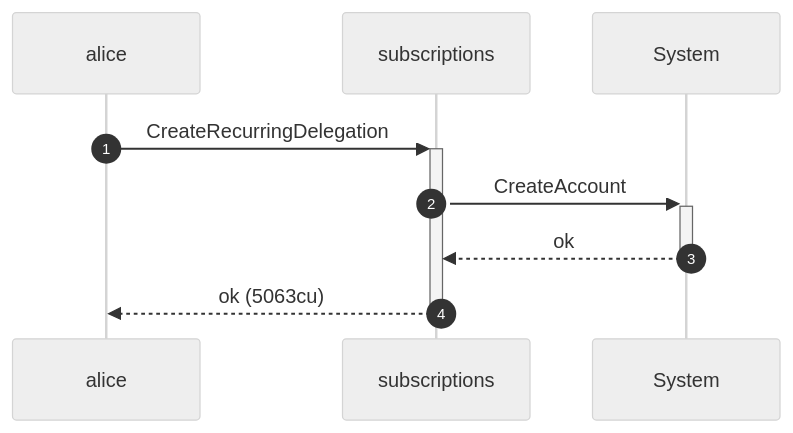
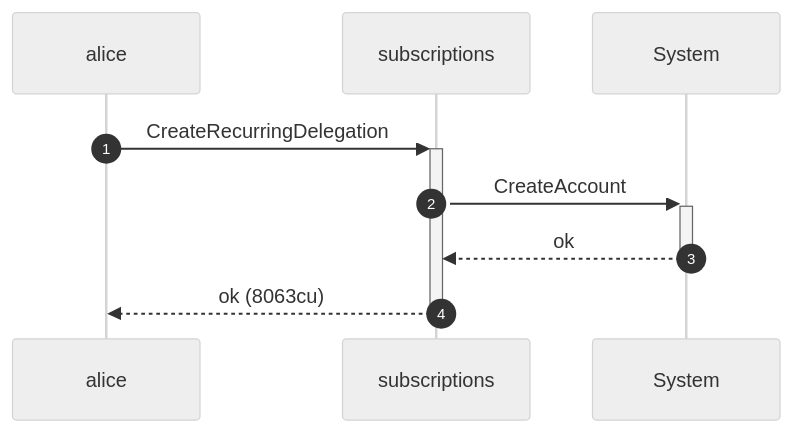
Before and after one commit to cds-rs/subscriptions: the sixth of 12 diagrams in dsl_tests/sentinel-start-begins-at-landing.md, drawn with Mermaid (neutral theme). The commit also changed other lines of this file and 224 other files, not shown here.

````diff
--- a/dsl_tests/sentinel-start-begins-at-landing.md
+++ b/dsl_tests/sentinel-start-begins-at-landing.md
@@ -118,11 +124,11 @@
 ```mermaid
 sequenceDiagram
     autonumber
     participant alice
     participant subscriptions
     participant System
     alice ->>+ subscriptions: CreateRecurringDelegation
     subscriptions ->>+ System: CreateAccount
     System -->>- subscriptions: ok
-    subscriptions -->>- alice: ok (5063cu)
+    subscriptions -->>- alice: ok (8063cu)
 ```
````
